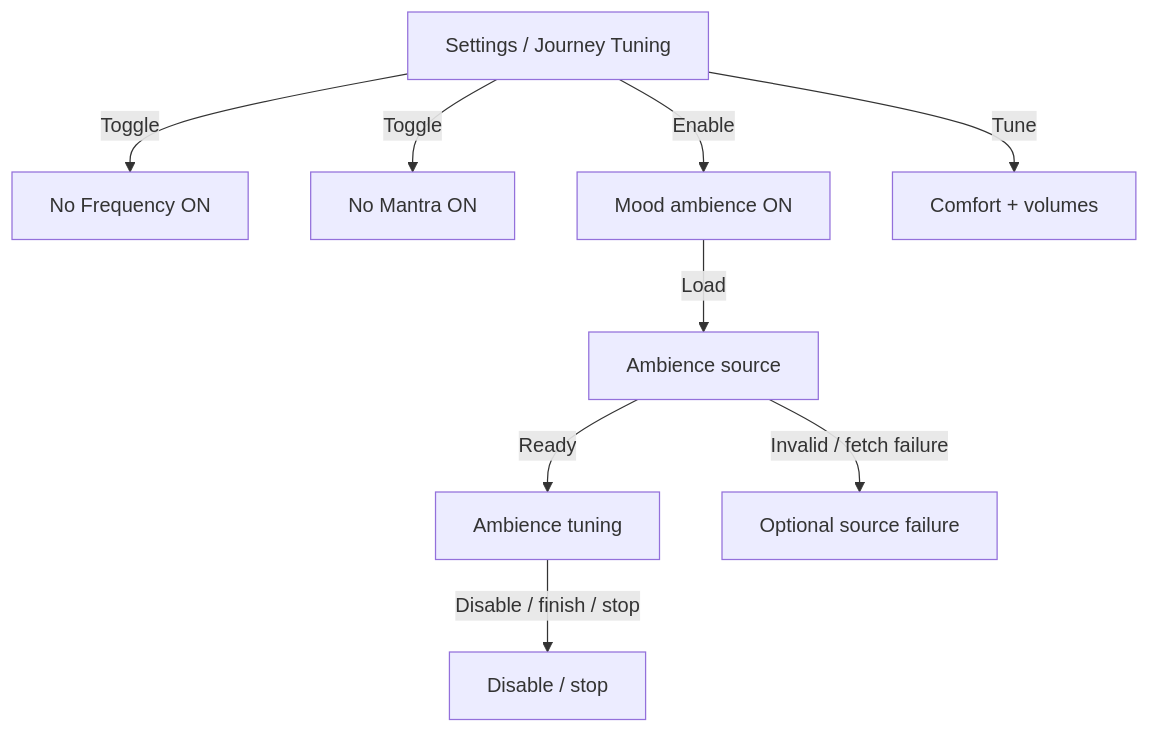
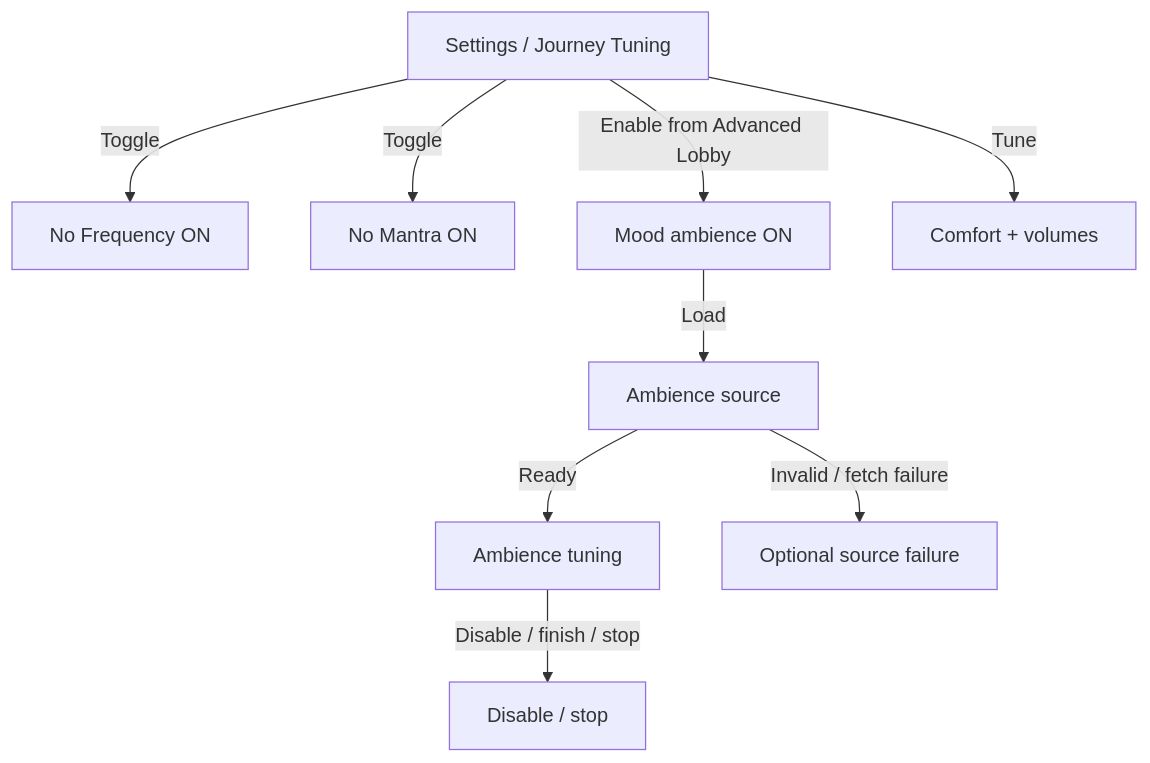
Before and after one commit to missionode/lite: diagram 19 of 25 in docs/app-map/FLOW-REFERENCE.md, drawn with Mermaid. The commit also changed other lines of this file and 15 other files, not shown here.

````diff
--- a/docs/app-map/FLOW-REFERENCE.md
+++ b/docs/app-map/FLOW-REFERENCE.md
@@ -890,20 +890,20 @@
 ```mermaid
 flowchart TD
   mixer["Settings / Journey Tuning"]
   nofreq["No Frequency ON"]
   nomantra["No Mantra ON"]
   ambient["Mood ambience ON"]
   source["Ambience source"]
   tune["Ambience tuning"]
   fail["Optional source failure"]
   off["Disable / stop"]
   comfort["Comfort + volumes"]
   mixer -->|"Toggle"| nofreq
   mixer -->|"Toggle"| nomantra
-  mixer -->|"Enable"| ambient
+  mixer -->|"Enable from Advanced Lobby"| ambient
   ambient -->|"Load"| source
   source -->|"Ready"| tune
   source -->|"Invalid / fetch failure"| fail
   tune -->|"Disable / finish / stop"| off
   mixer -->|"Tune"| comfort
 ```
````
